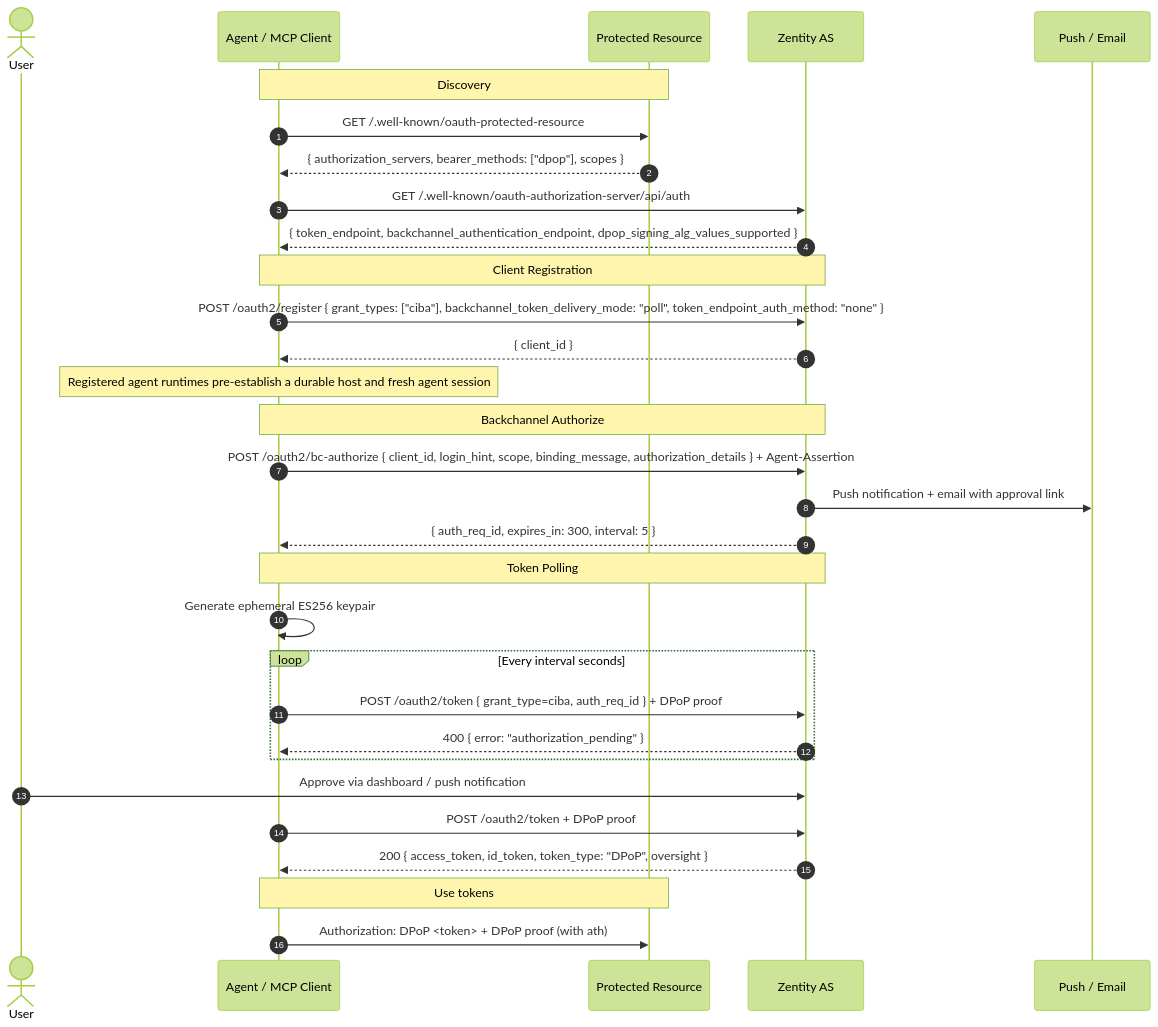
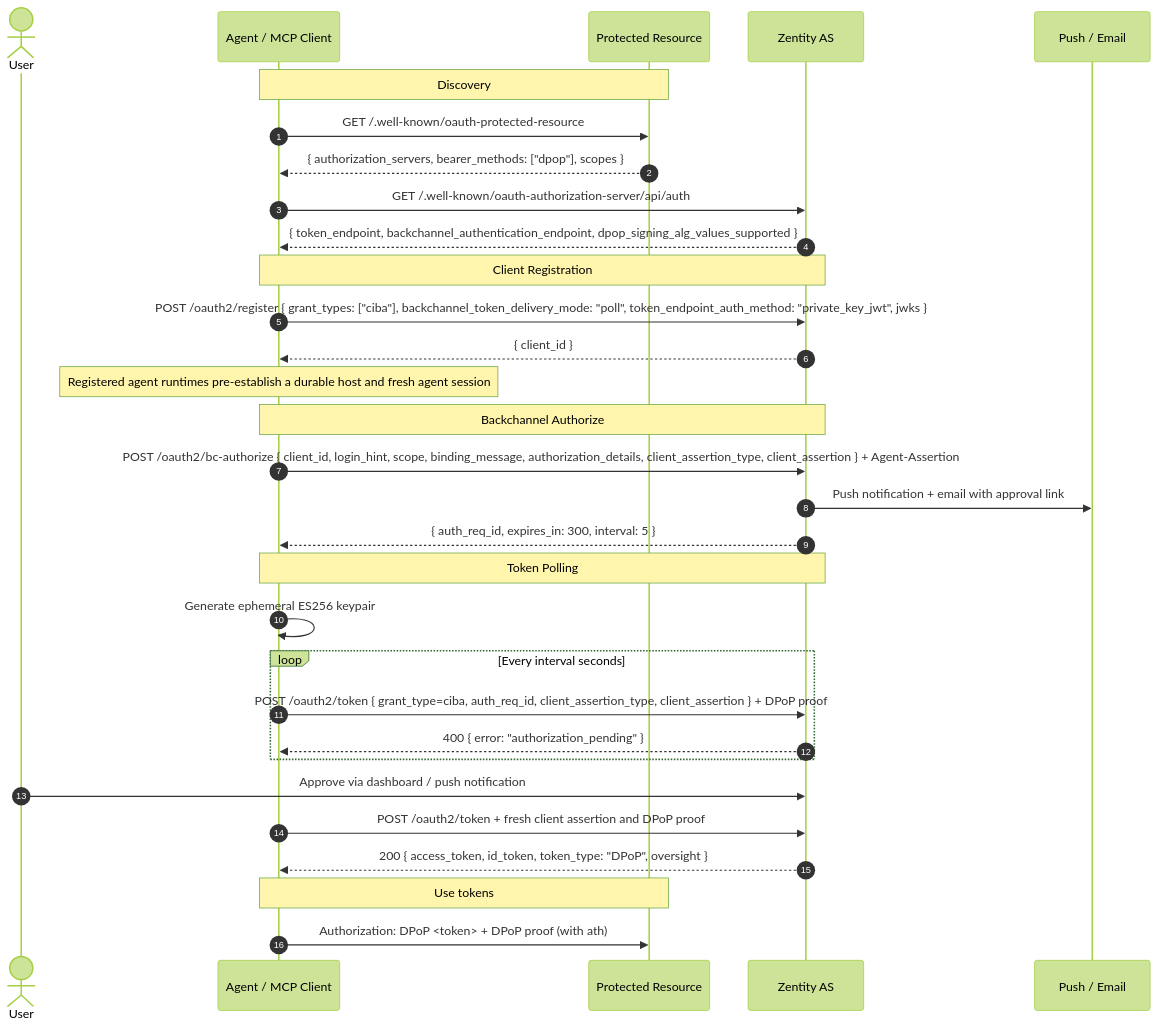
Before and after one commit to gustavovalverde/zentity: the fourth of 5 diagrams in docs/(protocols)/oauth-integrations.md, drawn with Mermaid (forest theme). The commit also changed other lines of this file and 105 other files, not shown here.

````diff
--- a/docs/(protocols)/oauth-integrations.md
+++ b/docs/(protocols)/oauth-integrations.md
@@ -201,39 +224,39 @@
 ```mermaid
 sequenceDiagram
   autonumber
   actor User
   participant Agent as Agent / MCP Client
   participant RS as Protected Resource
   participant AS as Zentity AS
   participant Notify as Push / Email
 
   Note over Agent,RS: Discovery
   Agent->>RS: GET /.well-known/oauth-protected-resource
   RS-->>Agent: { authorization_servers, bearer_methods: ["dpop"], scopes }
   Agent->>AS: GET /.well-known/oauth-authorization-server/api/auth
   AS-->>Agent: { token_endpoint, backchannel_authentication_endpoint, dpop_signing_alg_values_supported }
 
   Note over Agent,AS: Client Registration
-  Agent->>AS: POST /oauth2/register { grant_types: ["ciba"], backchannel_token_delivery_mode: "poll", token_endpoint_auth_method: "none" }
+  Agent->>AS: POST /oauth2/register { grant_types: ["ciba"], backchannel_token_delivery_mode: "poll", token_endpoint_auth_method: "private_key_jwt", jwks }
   AS-->>Agent: { client_id }
 
   Note over Agent: Registered agent runtimes pre-establish a durable host and fresh agent session
   Note over Agent,AS: Backchannel Authorize
-  Agent->>AS: POST /oauth2/bc-authorize { client_id, login_hint, scope, binding_message, authorization_details } + Agent-Assertion
+  Agent->>AS: POST /oauth2/bc-authorize { client_id, login_hint, scope, binding_message, authorization_details, client_assertion_type, client_assertion } + Agent-Assertion
   AS->>Notify: Push notification + email with approval link
   AS-->>Agent: { auth_req_id, expires_in: 300, interval: 5 }
 
   Note over Agent,AS: Token Polling
   Agent->>Agent: Generate ephemeral ES256 keypair
   loop Every interval seconds
-    Agent->>AS: POST /oauth2/token { grant_type=ciba, auth_req_id } + DPoP proof
+    Agent->>AS: POST /oauth2/token { grant_type=ciba, auth_req_id, client_assertion_type, client_assertion } + DPoP proof
     AS-->>Agent: 400 { error: "authorization_pending" }
   end
 
   User->>AS: Approve via dashboard / push notification
-  Agent->>AS: POST /oauth2/token + DPoP proof
+  Agent->>AS: POST /oauth2/token + fresh client assertion and DPoP proof
   AS-->>Agent: 200 { access_token, id_token, token_type: "DPoP", oversight }
 
   Note over Agent,RS: Use tokens
   Agent->>RS: Authorization: DPoP <token> + DPoP proof (with ath)
 ```
````
